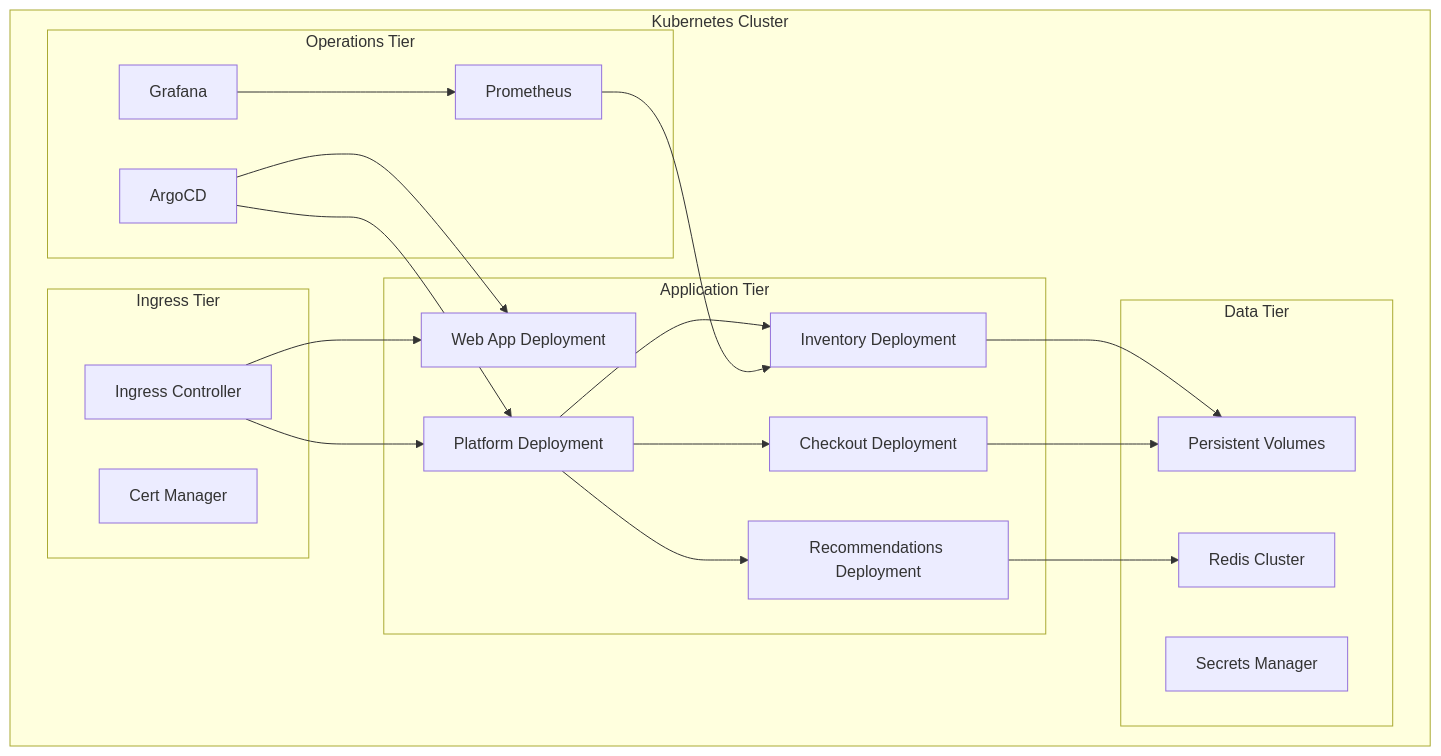
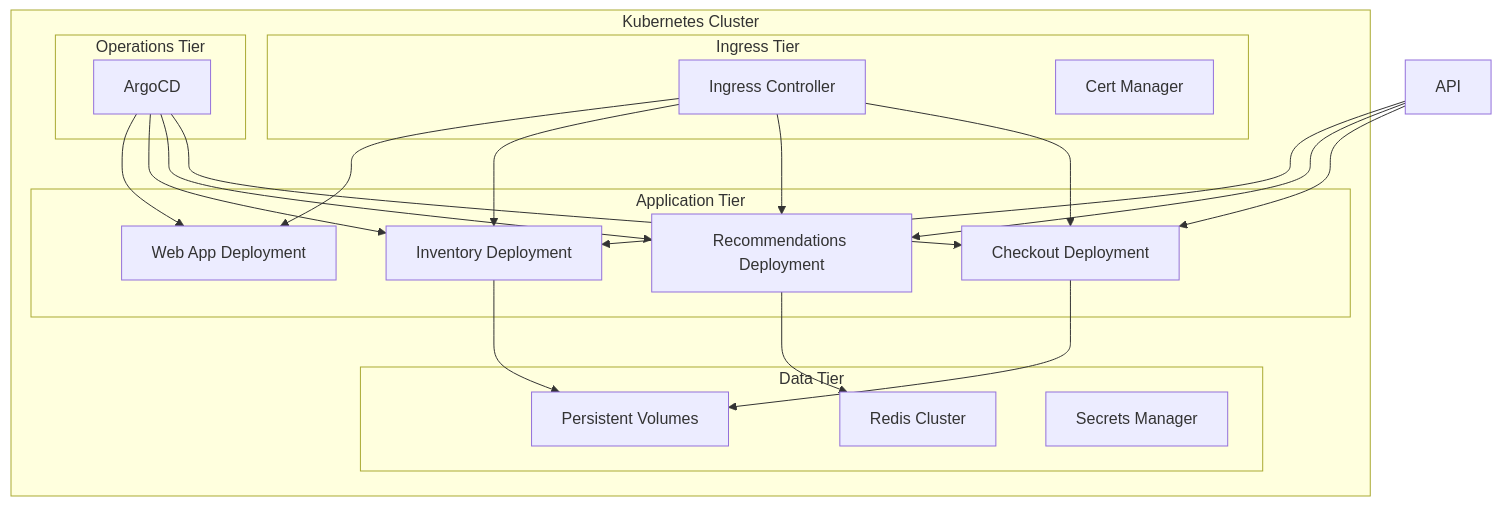
Before and after one commit to yonatanp-jfrog/bookverse-demo-init: the ninth of 10 diagrams in docs/ARCHITECTURE.md, drawn with Mermaid. The commit also changed other lines of this file, not shown here.

First line of the commit message:
refactor: Update architecture diagram to reflect actual implementation

````diff
--- a/docs/ARCHITECTURE.md
+++ b/docs/ARCHITECTURE.md
@@ -398,44 +394,44 @@
 ```mermaid
 graph TB
     subgraph "Kubernetes Cluster"
         subgraph "Ingress Tier"
             ING[Ingress Controller]
             CERT[Cert Manager]
         end
         
         subgraph "Application Tier"
             WEB[Web App Deployment]
-            PLAT[Platform Deployment]
+            
             INV[Inventory Deployment]
             REC[Recommendations Deployment]
             CHK[Checkout Deployment]
         end
         
         subgraph "Data Tier"
             PVC[Persistent Volumes]
             REDIS[Redis Cluster]
             SECRETS[Secrets Manager]
         end
         
         subgraph "Operations Tier"
             ARGO[ArgoCD]
-            PROM[Prometheus]
-            GRAF[Grafana]
         end
     end
     
     ING --> WEB
-    ING --> PLAT
-    PLAT --> INV
-    PLAT --> REC
-    PLAT --> CHK
+    ING --> INV
+    ING --> REC
+    ING --> CHK
+    API --> INV
+    API --> REC
+    API --> CHK
     
     INV --> PVC
     CHK --> PVC
     REC --> REDIS
     
     ARGO --> WEB
-    ARGO --> PLAT
-    PROM --> INV
-    GRAF --> PROM
+    ARGO --> INV
+    ARGO --> REC
+    ARGO --> CHK
 ```
````
